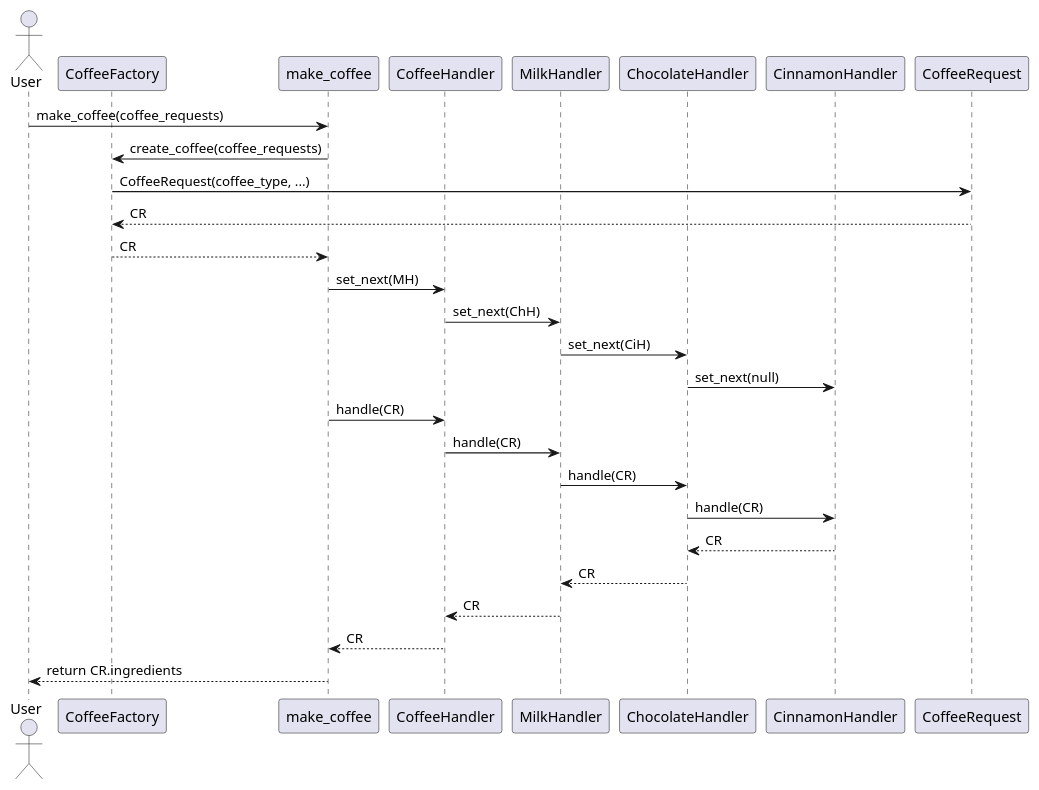
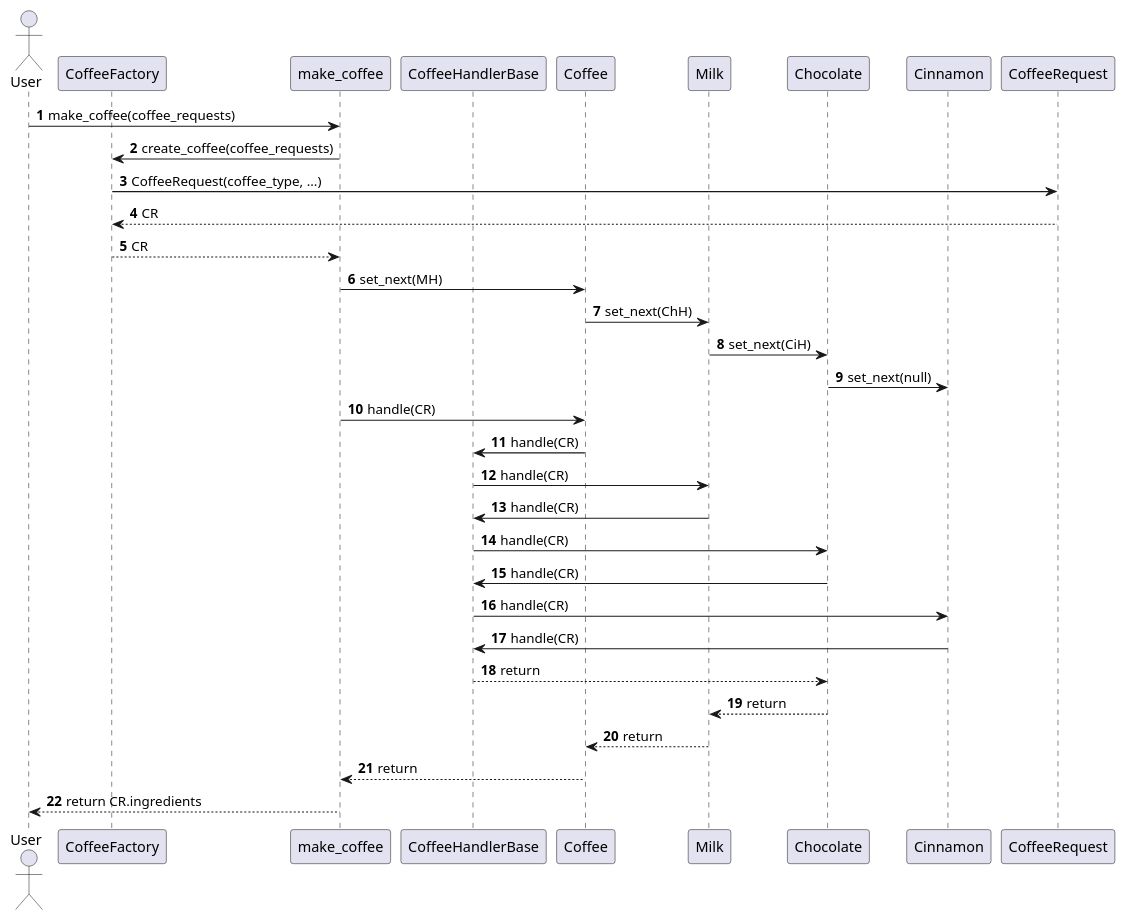
Before and after one commit to quinont/design-patterns: the diagram in no-chain-of-responsibility/004-otra-forma-de-verlo/docs/seq.puml, drawn with PlantUML. The commit also changed 4 other files, not shown here.

```diff
--- a/no-chain-of-responsibility/004-otra-forma-de-verlo/docs/seq.puml
+++ b/no-chain-of-responsibility/004-otra-forma-de-verlo/docs/seq.puml
@@ -1,31 +1,37 @@
 @startuml
+autonumber
 actor User
 participant "CoffeeFactory" as CF
 participant "make_coffee" as MC
-participant "CoffeeHandler" as CH
-participant "MilkHandler" as MH
-participant "ChocolateHandler" as ChH
-participant "CinnamonHandler" as CiH
+participant "CoffeeHandlerBase" as CHB
+participant "Coffee" as CH
+participant "Milk" as MH
+participant "Chocolate" as ChH
+participant "Cinnamon" as CiH
 participant "CoffeeRequest" as CR
 
 User -> MC: make_coffee(coffee_requests)
 MC -> CF: create_coffee(coffee_requests)
 CF -> CR: CoffeeRequest(coffee_type, ...)
 return CR
 CF --> MC: CR
 
 MC -> CH: set_next(MH)
 CH -> MH: set_next(ChH)
 MH -> ChH: set_next(CiH)
 ChH -> CiH: set_next(null)
 
 MC -> CH: handle(CR)
-CH -> MH: handle(CR)
-MH -> ChH: handle(CR)
-ChH -> CiH: handle(CR)
-CiH --> ChH: CR
-ChH --> MH: CR
-MH --> CH: CR
-CH --> MC: CR
+CH -> CHB: handle(CR)
+CHB -> MH: handle(CR)
+MH -> CHB: handle(CR)
+CHB -> ChH: handle(CR)
+ChH -> CHB: handle(CR)
+CHB -> CiH: handle(CR)
+CiH -> CHB: handle(CR)
+CHB --> ChH: return
+ChH --> MH: return
+MH --> CH: return
+CH --> MC: return
 MC --> User: return CR.ingredients
 @enduml
```
